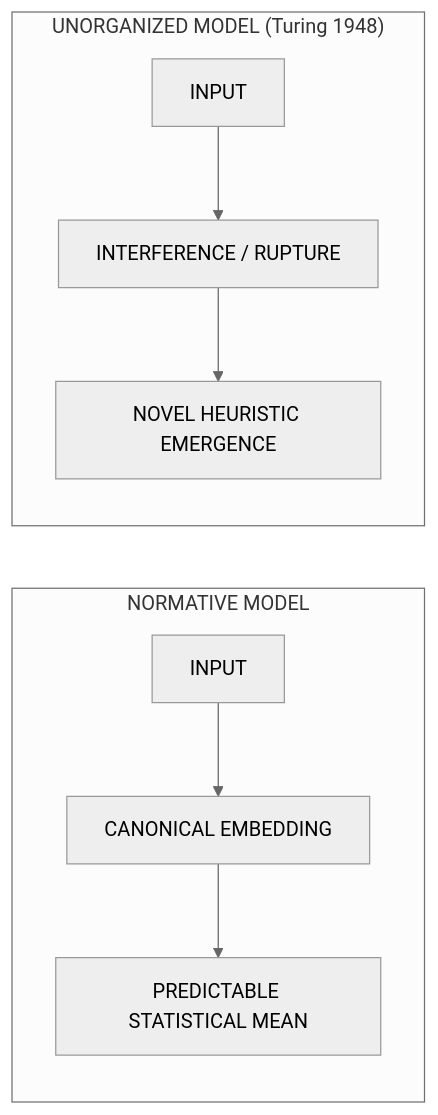
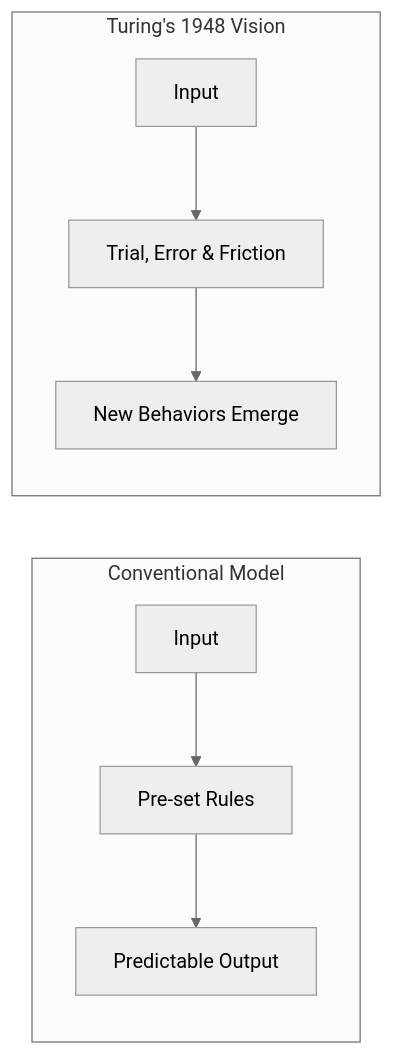
Before and after one commit to mynameisjpg/mynameisjpg: the fifth of 5 diagrams in _posts/2026-09-25-turing-queer-ai.md, drawn with Mermaid (neutral theme). The commit also changed other lines of this file and 12 other files, not shown here.

````diff
--- a/_posts/2026-09-25-turing-queer-ai.md
+++ b/_posts/2026-09-25-turing-queer-ai.md
@@ -189,9 +191,9 @@
 ```mermaid
 flowchart LR
-    subgraph Normative ["NORMATIVE MODEL"]
-        N1["INPUT"] --> N2["CANONICAL EMBEDDING"] --> N3["PREDICTABLE STATISTICAL MEAN"]
+    subgraph Conventional ["Conventional Model"]
+        N1["Input"] --> N2["Pre-set Rules"] --> N3["Predictable Output"]
     end
-    subgraph Unorganized ["UNORGANIZED MODEL (Turing 1948)"]
-        U1["INPUT"] --> U2["INTERFERENCE / RUPTURE"] --> U3["NOVEL HEURISTIC EMERGENCE"]
+    subgraph Turing ["Turing's 1948 Vision"]
+        U1["Input"] --> U2["Trial, Error & Friction"] --> U3["New Behaviors Emerge"]
     end
 ```
````
